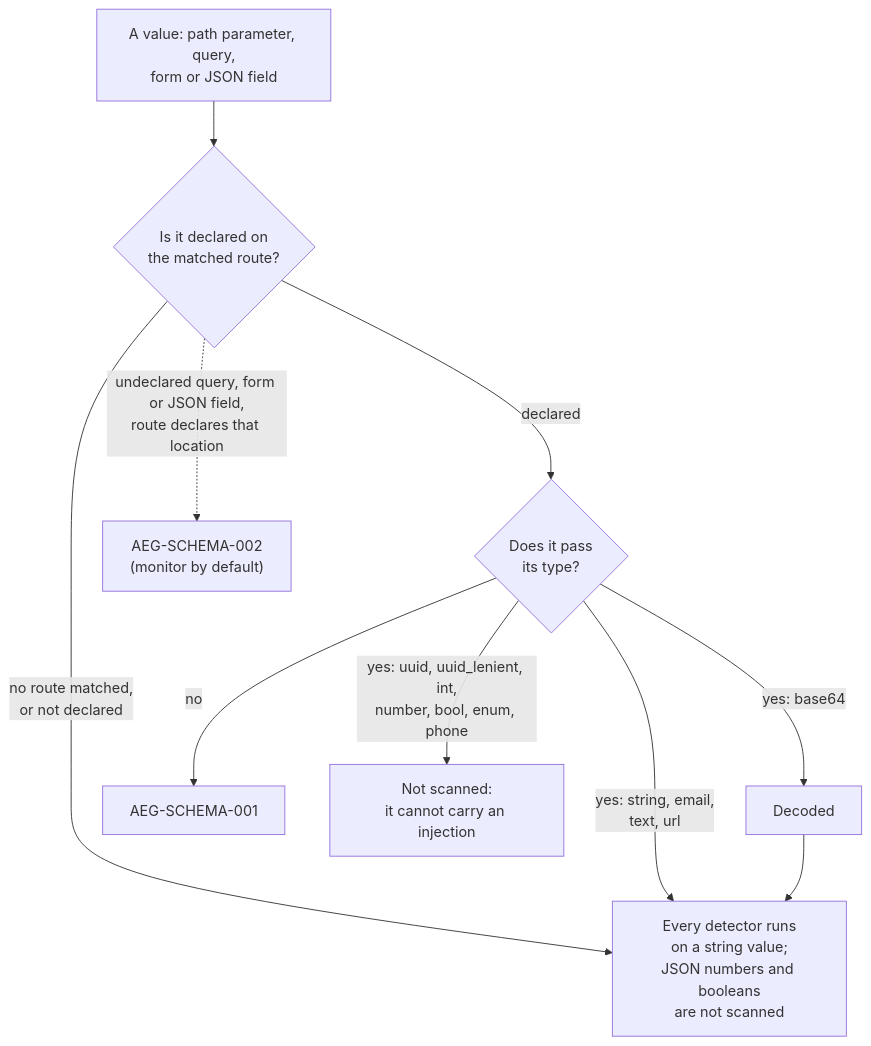
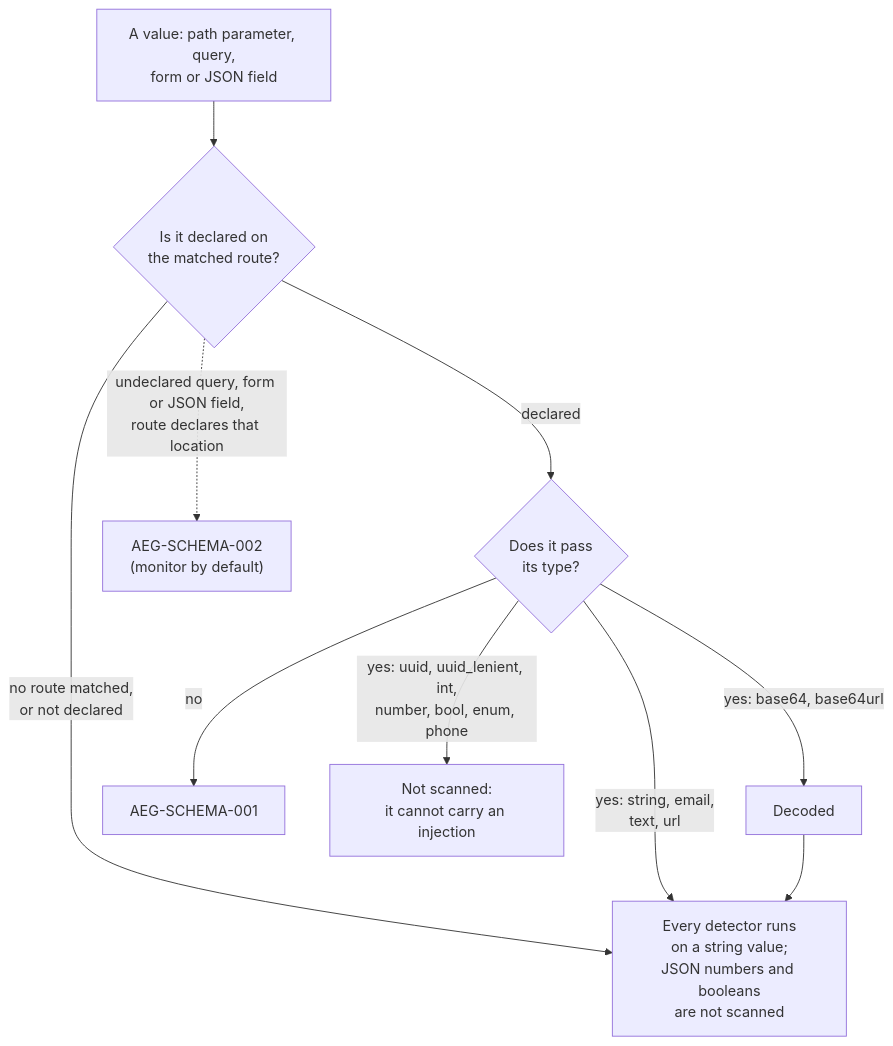
The second of 2 diagrams in README.md (ergasterion-dev/aegolith), drawn with Mermaid before and after one commit. The commit also changed other lines of this file and 14 other files, not shown here.

Commit message:
fix: separate the standard and URL-safe base64 field types

````diff
--- a/README.md
+++ b/README.md
@@ -174,12 +174,12 @@
 ```mermaid
 flowchart TD
     V["A value: path parameter, query,<br/>form or JSON field"] --> R{"Is it declared on<br/>the matched route?"}
     R -- "no route matched,<br/>or not declared" --> S["Every detector runs<br/>on a string value;<br/>JSON numbers and booleans<br/>are not scanned"]
     R -. "undeclared query, form or JSON field,<br/>route declares that location" .-> U["AEG-SCHEMA-002<br/>(monitor by default)"]
     R -- "declared" --> T{"Does it pass<br/>its type?"}
     T -- "no" --> X["AEG-SCHEMA-001"]
     T -- "yes: uuid, uuid_lenient, int,<br/>number, bool, enum, phone" --> K["Not scanned:<br/>it cannot carry an injection"]
     T -- "yes: string, email,<br/>text, url" --> S
-    T -- "yes: base64" --> D["Decoded"]
+    T -- "yes: base64, base64url" --> D["Decoded"]
     D --> S
 ```
````
